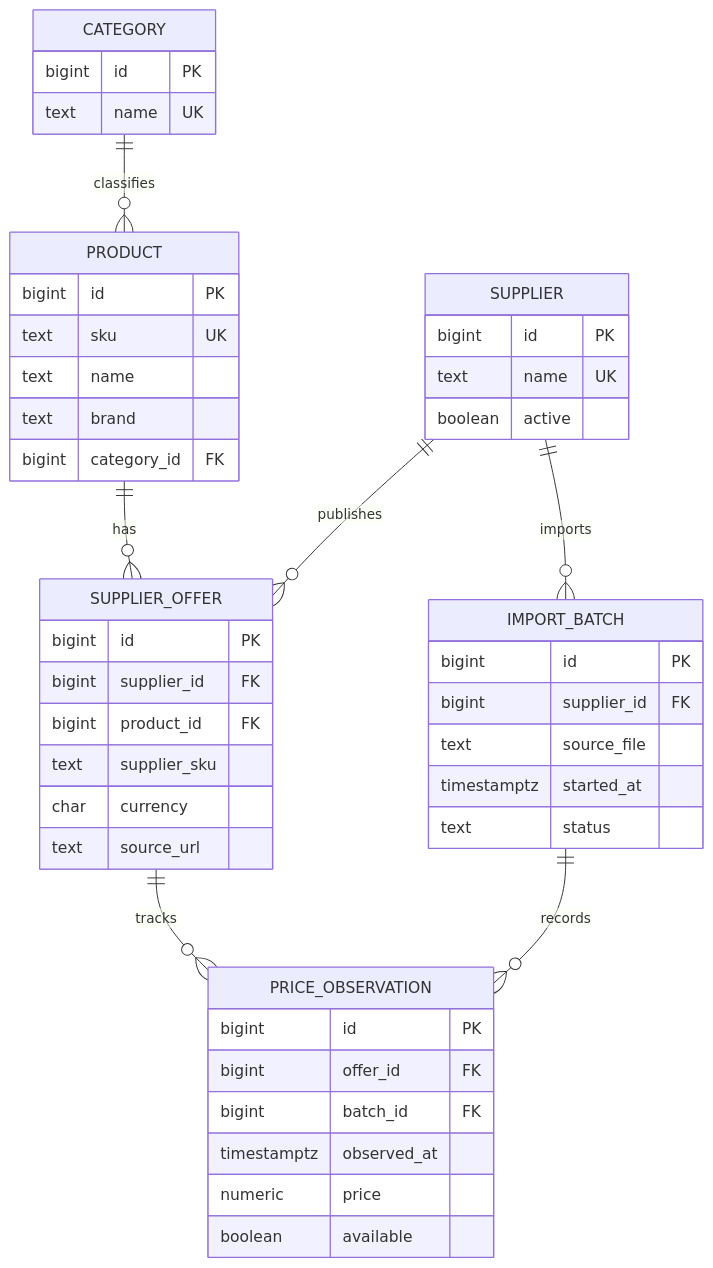
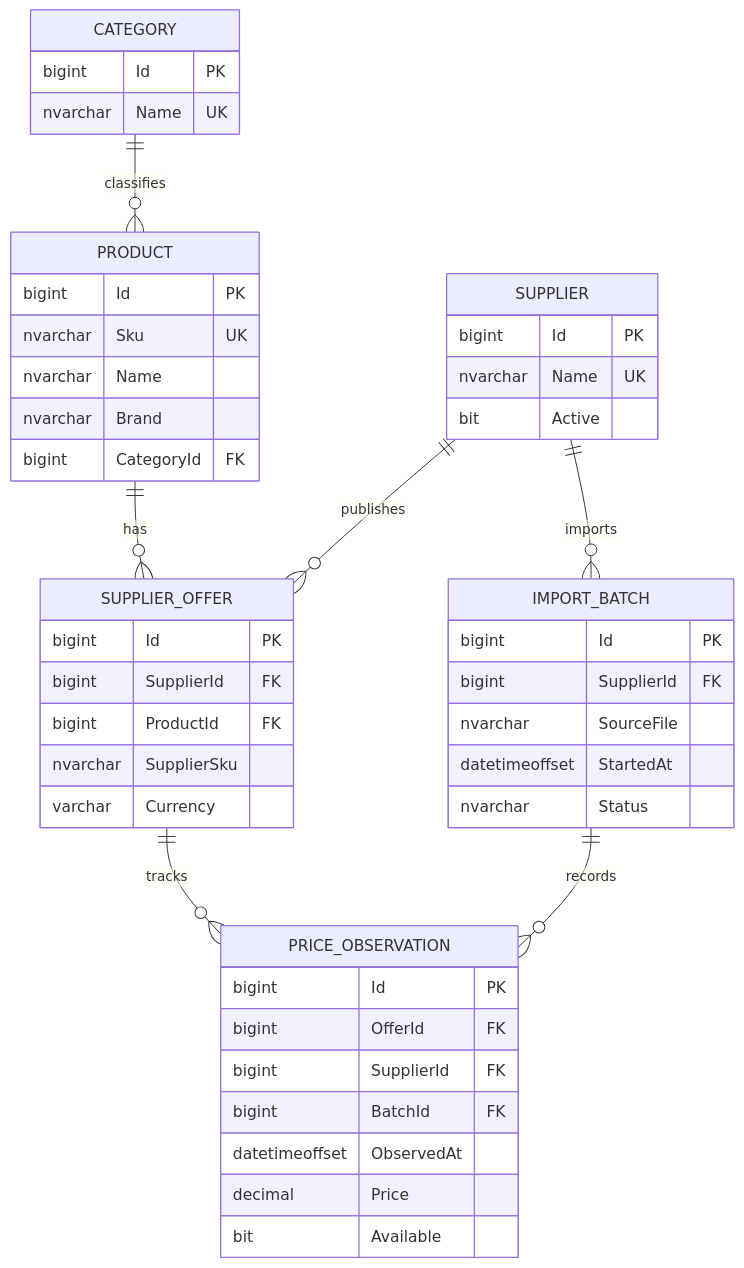
Before and after one commit to pepelaz1/catalog-database-design: the diagram in docs/erd.md, drawn with Mermaid. The commit also changed other lines of this file and 6 other files, not shown here.

Commit message:
Add SQL Server ERD and entity mapping documentation

````diff
--- a/docs/erd.md
+++ b/docs/erd.md
@@ -3,49 +7,49 @@
 ```mermaid
 erDiagram
     CATEGORY ||--o{ PRODUCT : classifies
     PRODUCT ||--o{ SUPPLIER_OFFER : has
     SUPPLIER ||--o{ SUPPLIER_OFFER : publishes
     SUPPLIER ||--o{ IMPORT_BATCH : imports
+    SUPPLIER_OFFER ||--o{ PRICE_OBSERVATION : tracks
     IMPORT_BATCH ||--o{ PRICE_OBSERVATION : records
-    SUPPLIER_OFFER ||--o{ PRICE_OBSERVATION : tracks
 
     CATEGORY {
-        bigint id PK
-        text name UK
+        bigint Id PK
+        nvarchar Name UK
     }
     PRODUCT {
-        bigint id PK
-        text sku UK
-        text name
-        text brand
-        bigint category_id FK
+        bigint Id PK
+        nvarchar Sku UK
+        nvarchar Name
+        nvarchar Brand
+        bigint CategoryId FK
     }
     SUPPLIER {
-        bigint id PK
-        text name UK
-        boolean active
+        bigint Id PK
+        nvarchar Name UK
+        bit Active
     }
     SUPPLIER_OFFER {
-        bigint id PK
-        bigint supplier_id FK
-        bigint product_id FK
-        text supplier_sku
-        char currency
-        text source_url
+        bigint Id PK
+        bigint SupplierId FK
+        bigint ProductId FK
+        nvarchar SupplierSku
+        varchar Currency
     }
     IMPORT_BATCH {
-        bigint id PK
-        bigint supplier_id FK
-        text source_file
-        timestamptz started_at
-        text status
+        bigint Id PK
+        bigint SupplierId FK
+        nvarchar SourceFile
+        datetimeoffset StartedAt
+        nvarchar Status
     }
     PRICE_OBSERVATION {
-        bigint id PK
-        bigint offer_id FK
-        bigint batch_id FK
-        timestamptz observed_at
-        numeric price
-        boolean available
+        bigint Id PK
+        bigint OfferId FK
+        bigint SupplierId FK
+        bigint BatchId FK
+        datetimeoffset ObservedAt
+        decimal Price
+        bit Available
     }
 ```
````
